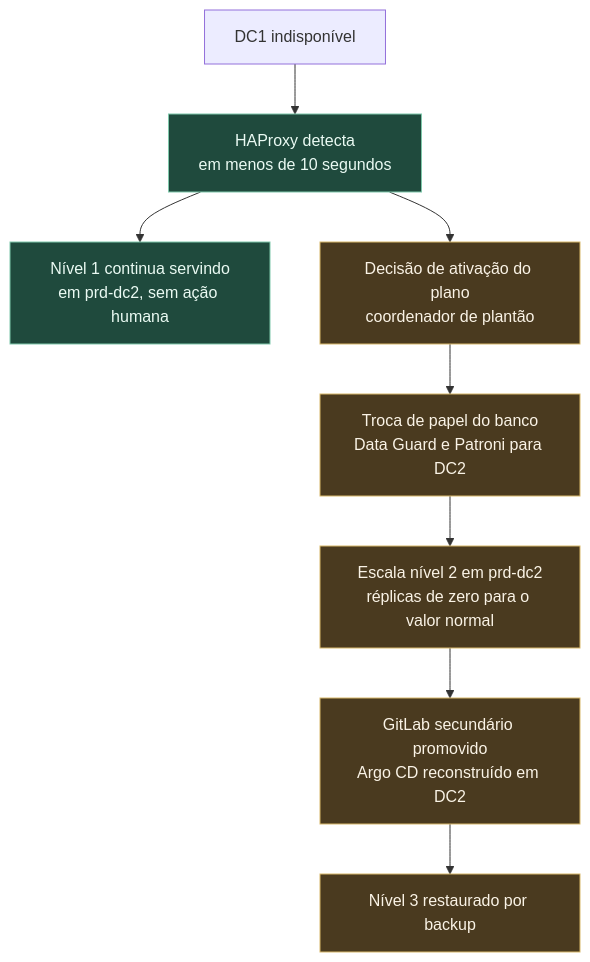
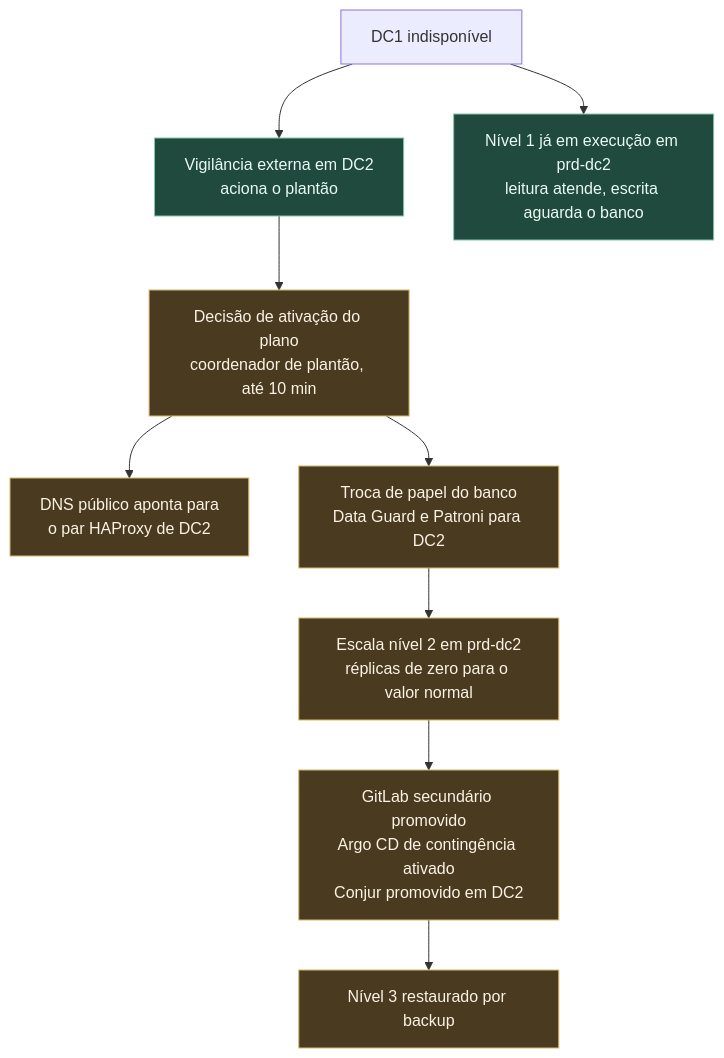
The diagram in docs/05-resiliencia.md (DiegoAmorimDev/plataforma-entrega-sefaz), drawn with Mermaid before and after one commit. The commit also changed other lines of this file and 10 other files, not shown here.

````diff
--- a/docs/05-resiliencia.md
+++ b/docs/05-resiliencia.md
@@ -113,15 +133,16 @@
 ```mermaid
 flowchart TD
-    E["DC1 indisponível"] --> D1["HAProxy detecta<br/>em menos de 10 segundos"]
-    D1 --> N1["Nível 1 continua servindo<br/>em prd-dc2, sem ação humana"]
-    D1 --> DEC["Decisão de ativação do plano<br/>coordenador de plantão"]
+    E["DC1 indisponível"] --> D1["Vigilância externa em DC2<br/>aciona o plantão"]
+    E --> N1["Nível 1 já em execução em prd-dc2<br/>leitura atende, escrita aguarda o banco"]
+    D1 --> DEC["Decisão de ativação do plano<br/>coordenador de plantão, até 10 min"]
+    DEC --> DNS["DNS público aponta para<br/>o par HAProxy de DC2"]
     DEC --> DB["Troca de papel do banco<br/>Data Guard e Patroni para DC2"]
     DB --> N2["Escala nível 2 em prd-dc2<br/>réplicas de zero para o valor normal"]
-    N2 --> GL["GitLab secundário promovido<br/>Argo CD reconstruído em DC2"]
+    N2 --> GL["GitLab secundário promovido<br/>Argo CD de contingência ativado<br/>Conjur promovido em DC2"]
     GL --> N3["Nível 3 restaurado por backup"]
 
     classDef auto fill:#1f4a3d,stroke:#7fc8ab,color:#eafaf3
     classDef manual fill:#4a3a1f,stroke:#d8b86a,color:#faf3e6
     class D1,N1 auto
-    class DEC,DB,N2,GL,N3 manual
+    class DEC,DNS,DB,N2,GL,N3 manual
 ```
````
